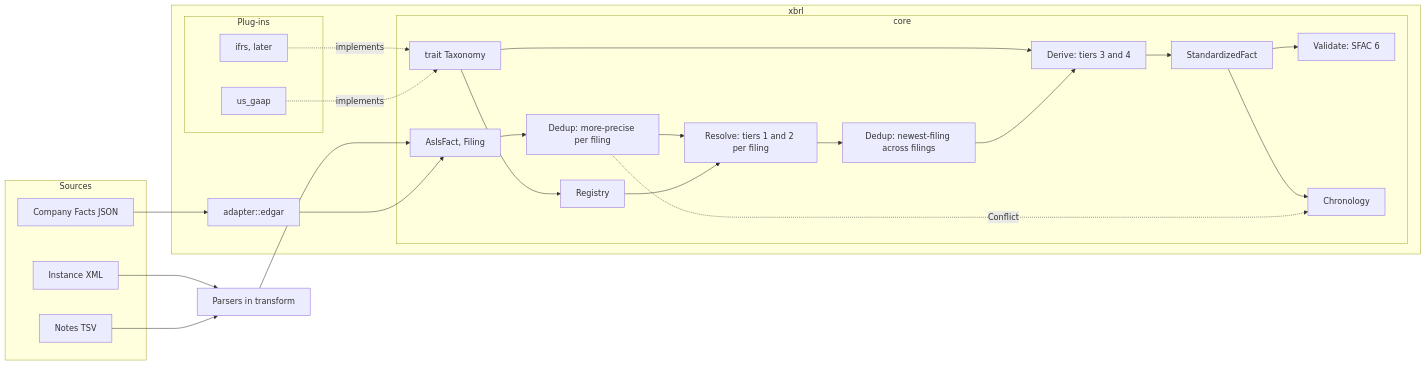
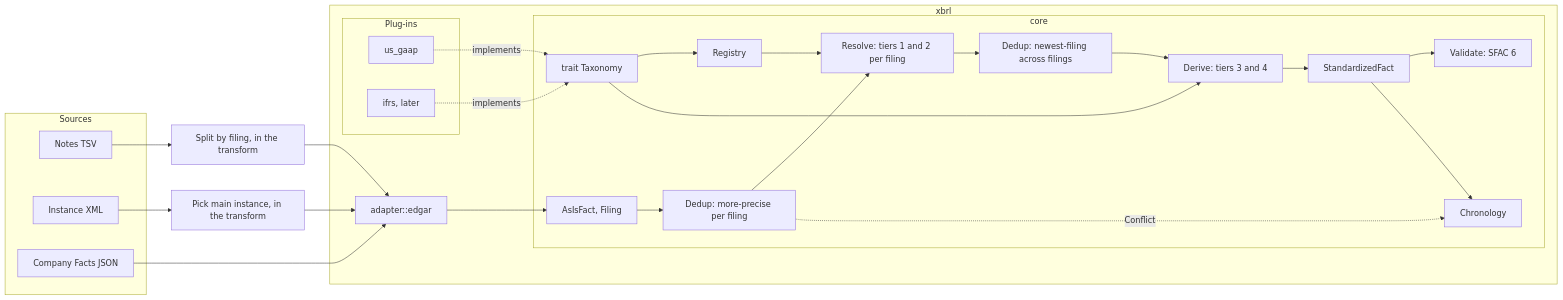
One commit to ironcapitaleu/arkad changed the first of 2 diagrams in xbrl/DESIGN.md. Above: the diagram before and after it, drawn with Mermaid. The commit also changed other lines of this file and 2 other files, not shown here.

First line of the commit message:
doc(xbrl): place the Notes and instance parsers in adapter::edgar (#458)

````diff
--- a/xbrl/DESIGN.md
+++ b/xbrl/DESIGN.md
@@ -73,38 +75,38 @@
 ```mermaid
 flowchart LR
   subgraph Sources
     N[Notes TSV]
     I[Instance XML]
     J[Company Facts JSON]
   end
   subgraph xbrl
     subgraph core
       A[AsIsFact, Filing]
       T[trait Taxonomy]
       R[Registry]
       D1[Dedup: more-precise per filing]
       RES[Resolve: tiers 1 and 2 per filing]
       D2[Dedup: newest-filing across filings]
       DER[Derive: tiers 3 and 4]
       V[Validate: SFAC 6]
       C[Chronology]
       S[StandardizedFact]
     end
     subgraph plugins[Plug-ins]
       U[us_gaap]
       F[ifrs, later]
     end
     SA[adapter::edgar]
   end
+  N --> SPL[Split by filing, in the transform] --> SA
+  I --> PICK[Pick main instance, in the transform] --> SA
   J --> SA --> A
-  N --> P[Parsers in transform] --> A
-  I --> P
   U -. implements .-> T
   F -. implements .-> T
   T --> R --> RES
   A --> D1 --> RES --> D2 --> DER --> S
   D1 -. Conflict .-> C
   T --> DER
   S --> V
   S --> C
 ```
````
